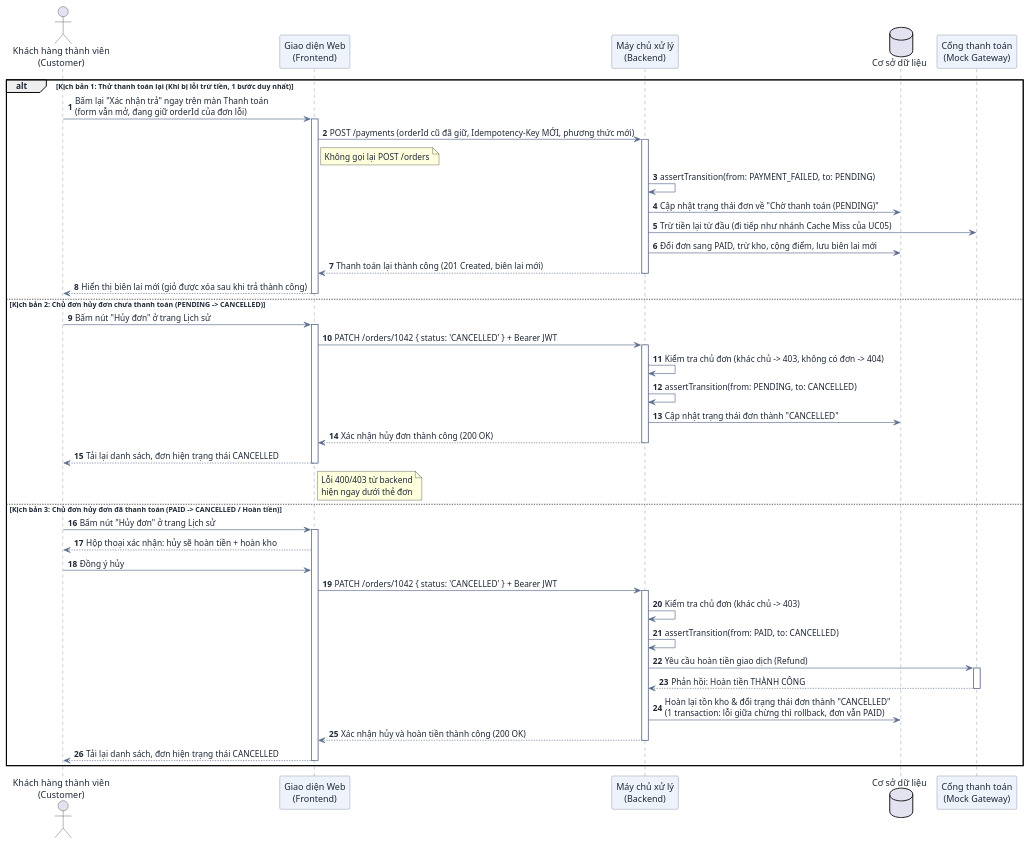
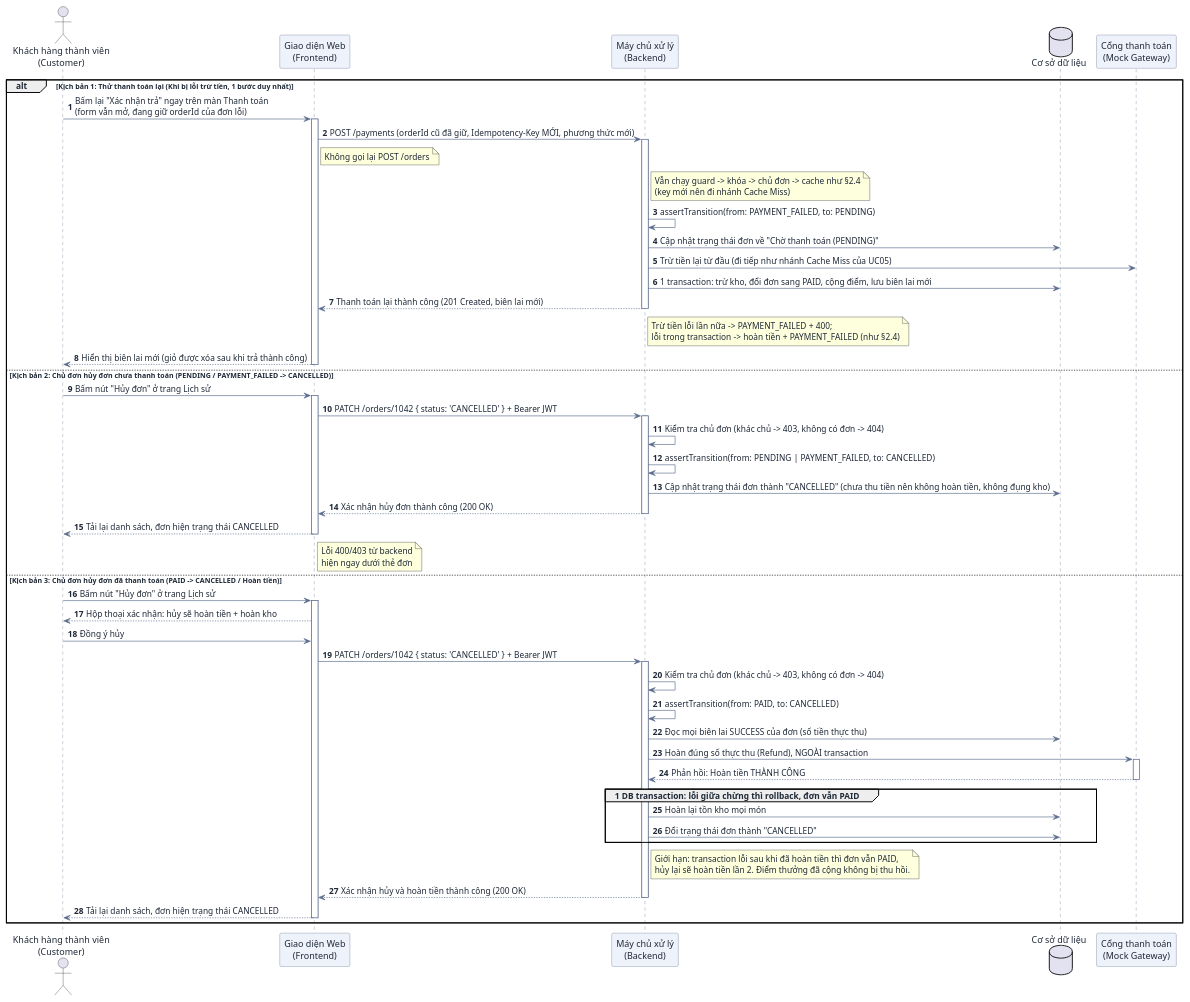
One commit to DuVinhLoi/BrewLite changed the fifth of 9 diagrams in docs/user-sequence-specifications.md. Above: the diagram before and after it, drawn with PlantUML. The commit also changed other lines of this file and 3 other files, not shown here.

First line of the commit message:
docs: dong bo use-case/sequence voi code, plan doc-code-sync, rule .claude/rules/doc-code-sync.md

````diff
--- a/docs/user-sequence-specifications.md
+++ b/docs/user-sequence-specifications.md
@@ -466,65 +491,72 @@
 ```plantuml
 @startuml
 skinparam DefaultFontColor #1f2937
 skinparam ArrowColor #5b6b8c
 skinparam SequenceParticipantBackgroundColor #eef2fb
 skinparam SequenceParticipantBorderColor #5b6b8c
 skinparam SequenceLifeLineBorderColor #5b6b8c
 
 autonumber
 actor "Khách hàng thành viên\n(Customer)" as User
 participant "Giao diện Web\n(Frontend)" as FE
 participant "Máy chủ xử lý\n(Backend)" as BE
 database "Cơ sở dữ liệu" as DB
 participant "Cổng thanh toán\n(Mock Gateway)" as Gateway
 
 alt Kịch bản 1: Thử thanh toán lại (Khi bị lỗi trừ tiền, 1 bước duy nhất)
     User -> FE : Bấm lại "Xác nhận trả" ngay trên màn Thanh toán\n(form vẫn mở, đang giữ orderId của đơn lỗi)
     activate FE
     FE -> BE : POST /payments (orderId cũ đã giữ, Idempotency-Key MỚI, phương thức mới)
     note right of FE : Không gọi lại POST /orders
     activate BE
+    note right of BE : Vẫn chạy guard -> khóa -> chủ đơn -> cache như §2.4\n(key mới nên đi nhánh Cache Miss)
     BE -> BE : assertTransition(from: PAYMENT_FAILED, to: PENDING)
     BE -> DB : Cập nhật trạng thái đơn về "Chờ thanh toán (PENDING)"
     BE -> Gateway : Trừ tiền lại từ đầu (đi tiếp như nhánh Cache Miss của UC05)
-    BE -> DB : Đổi đơn sang PAID, trừ kho, cộng điểm, lưu biên lai mới
+    BE -> DB : 1 transaction: trừ kho, đổi đơn sang PAID, cộng điểm, lưu biên lai mới
     BE --> FE : Thanh toán lại thành công (201 Created, biên lai mới)
+    note right of BE : Trừ tiền lỗi lần nữa -> PAYMENT_FAILED + 400;\nlỗi trong transaction -> hoàn tiền + PAYMENT_FAILED (như §2.4)
     deactivate BE
     FE --> User : Hiển thị biên lai mới (giỏ được xóa sau khi trả thành công)
     deactivate FE
 
-else Kịch bản 2: Chủ đơn hủy đơn chưa thanh toán (PENDING -> CANCELLED)
+else Kịch bản 2: Chủ đơn hủy đơn chưa thanh toán (PENDING / PAYMENT_FAILED -> CANCELLED)
     User -> FE : Bấm nút "Hủy đơn" ở trang Lịch sử
     activate FE
     FE -> BE : PATCH /orders/1042 { status: 'CANCELLED' } + Bearer JWT
     activate BE
     BE -> BE : Kiểm tra chủ đơn (khác chủ -> 403, không có đơn -> 404)
-    BE -> BE : assertTransition(from: PENDING, to: CANCELLED)
-    BE -> DB : Cập nhật trạng thái đơn thành "CANCELLED"
+    BE -> BE : assertTransition(from: PENDING | PAYMENT_FAILED, to: CANCELLED)
+    BE -> DB : Cập nhật trạng thái đơn thành "CANCELLED" (chưa thu tiền nên không hoàn tiền, không đụng kho)
     BE --> FE : Xác nhận hủy đơn thành công (200 OK)
     deactivate BE
     FE --> User : Tải lại danh sách, đơn hiện trạng thái CANCELLED
     note right of FE : Lỗi 400/403 từ backend\nhiện ngay dưới thẻ đơn
     deactivate FE
 
 else Kịch bản 3: Chủ đơn hủy đơn đã thanh toán (PAID -> CANCELLED / Hoàn tiền)
     User -> FE : Bấm nút "Hủy đơn" ở trang Lịch sử
     activate FE
     FE --> User : Hộp thoại xác nhận: hủy sẽ hoàn tiền + hoàn kho
     User -> FE : Đồng ý hủy
     FE -> BE : PATCH /orders/1042 { status: 'CANCELLED' } + Bearer JWT
     activate BE
-    BE -> BE : Kiểm tra chủ đơn (khác chủ -> 403)
+    BE -> BE : Kiểm tra chủ đơn (khác chủ -> 403, không có đơn -> 404)
     BE -> BE : assertTransition(from: PAID, to: CANCELLED)
-    BE -> Gateway : Yêu cầu hoàn tiền giao dịch (Refund)
+    BE -> DB : Đọc mọi biên lai SUCCESS của đơn (số tiền thực thu)
+    BE -> Gateway : Hoàn đúng số thực thu (Refund), NGOÀI transaction
     activate Gateway
     Gateway --> BE : Phản hồi: Hoàn tiền THÀNH CÔNG
     deactivate Gateway
-    BE -> DB : Hoàn lại tồn kho & đổi trạng thái đơn thành "CANCELLED"\n(1 transaction: lỗi giữa chừng thì rollback, đơn vẫn PAID)
+    group 1 DB transaction: lỗi giữa chừng thì rollback, đơn vẫn PAID
+        BE -> DB : Hoàn lại tồn kho mọi món
+        BE -> DB : Đổi trạng thái đơn thành "CANCELLED"
+    end
+    note right of BE : Giới hạn: transaction lỗi sau khi đã hoàn tiền thì đơn vẫn PAID,\nhủy lại sẽ hoàn tiền lần 2. Điểm thưởng đã cộng không bị thu hồi.
     BE --> FE : Xác nhận hủy và hoàn tiền thành công (200 OK)
     deactivate BE
     FE --> User : Tải lại danh sách, đơn hiện trạng thái CANCELLED
     deactivate FE
 end
 @enduml
 ```
````
